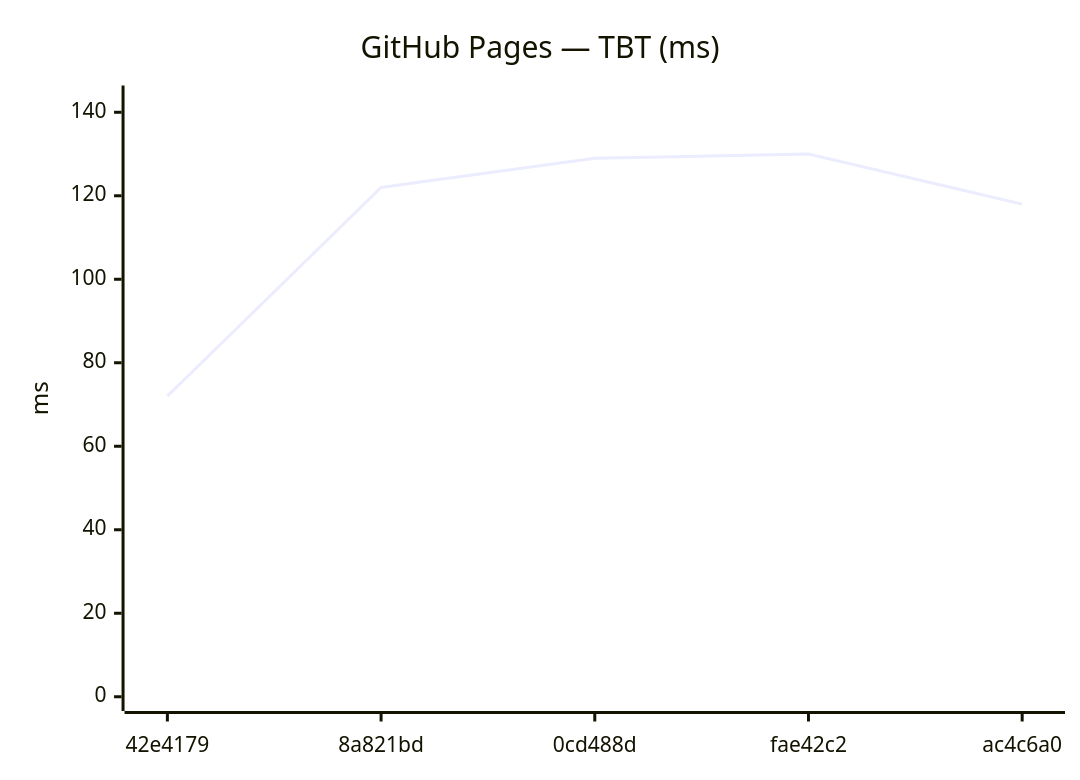
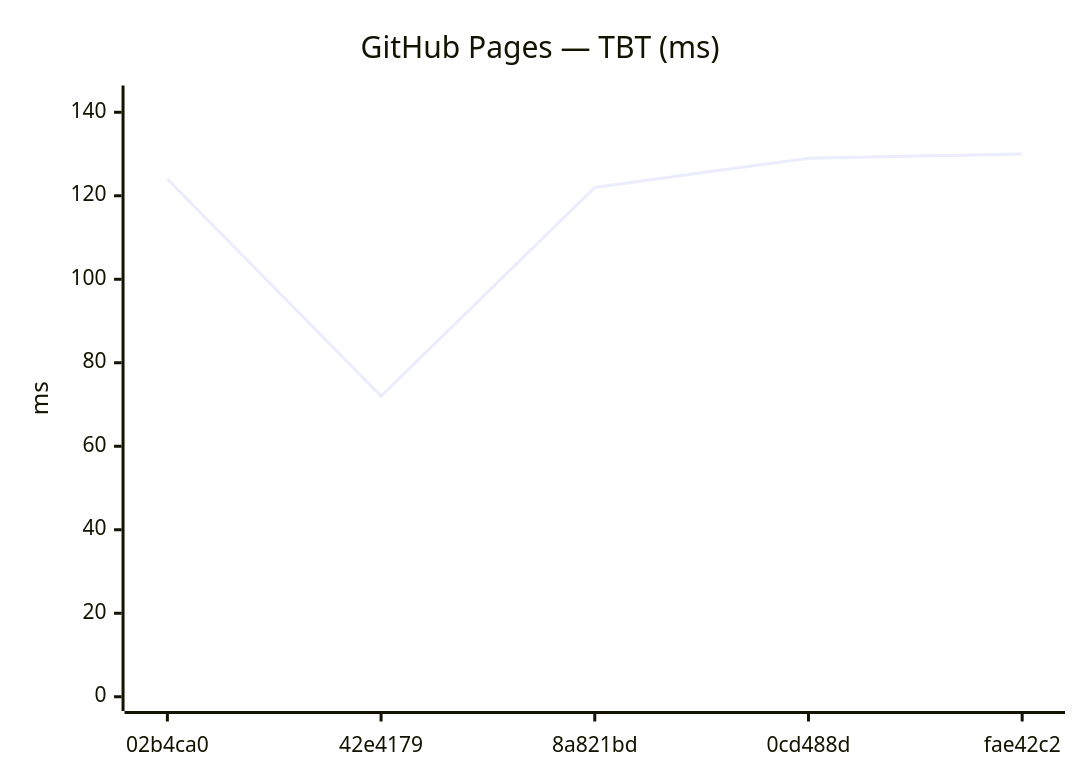
Before and after one commit to Metaheurist/Rianell: the tenth of 18 diagrams in benchmarks/compare.md, drawn with Mermaid. The commit also changed other lines of this file and 11 other files, not shown here.

````diff
--- a/benchmarks/compare.md
+++ b/benchmarks/compare.md
@@ -149,7 +149,7 @@
 ```mermaid
 xychart-beta
     title "GitHub Pages — TBT (ms)"
-    x-axis ["42e4179", "8a821bd", "0cd488d", "fae42c2", "ac4c6a0"]
+    x-axis ["02b4ca0", "42e4179", "8a821bd", "0cd488d", "fae42c2"]
     y-axis "ms" 0 --> 143
-    line [72, 122, 129, 130, 118]
+    line [124, 72, 122, 129, 130]
 ```
````
